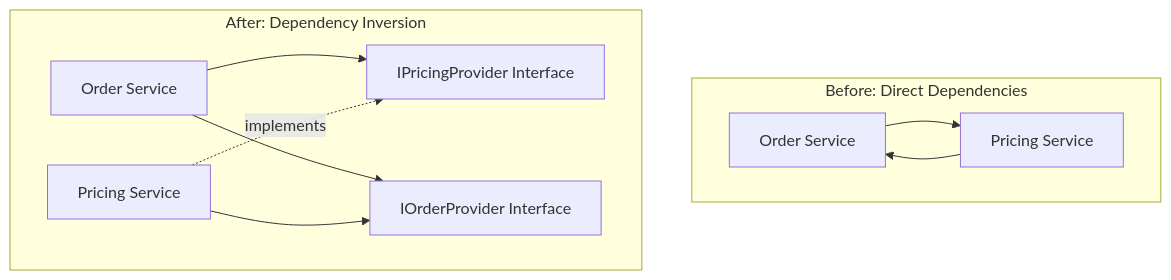
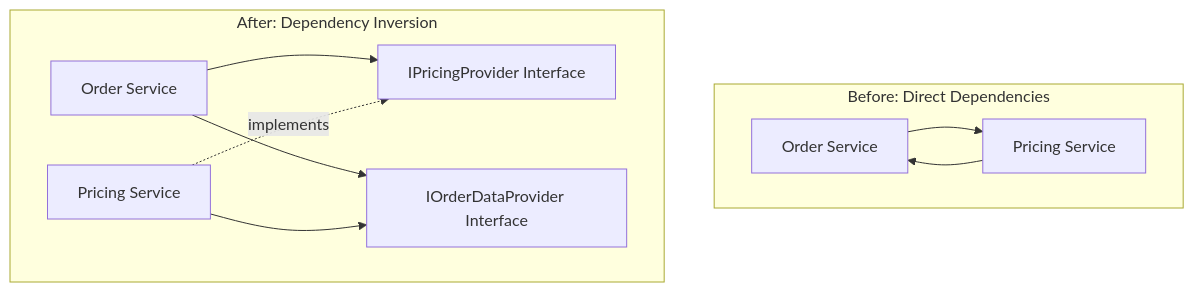
The fourth of 6 diagrams in posts/2026-01-24-fix-service-dependency-cycle-issues/README.md (OneUptime/blog), drawn with Mermaid before and after one commit. The commit also changed other lines of this file and 4262 other files, not shown here.

````diff
--- a/posts/2026-01-24-fix-service-dependency-cycle-issues/README.md
+++ b/posts/2026-01-24-fix-service-dependency-cycle-issues/README.md
@@ -583,14 +585,14 @@
 ```mermaid
 flowchart TD
     subgraph before["Before: Direct Dependencies"]
         A1[Order Service] --> B1[Pricing Service]
         B1 --> A1
     end
 
     subgraph after["After: Dependency Inversion"]
         A2[Order Service] --> I1[IPricingProvider Interface]
         P2[Pricing Service] -.->|implements| I1
-        A2 --> I2[IOrderProvider Interface]
+        A2 --> I2[IOrderDataProvider Interface]
         P2 --> I2
     end
 ```
````
